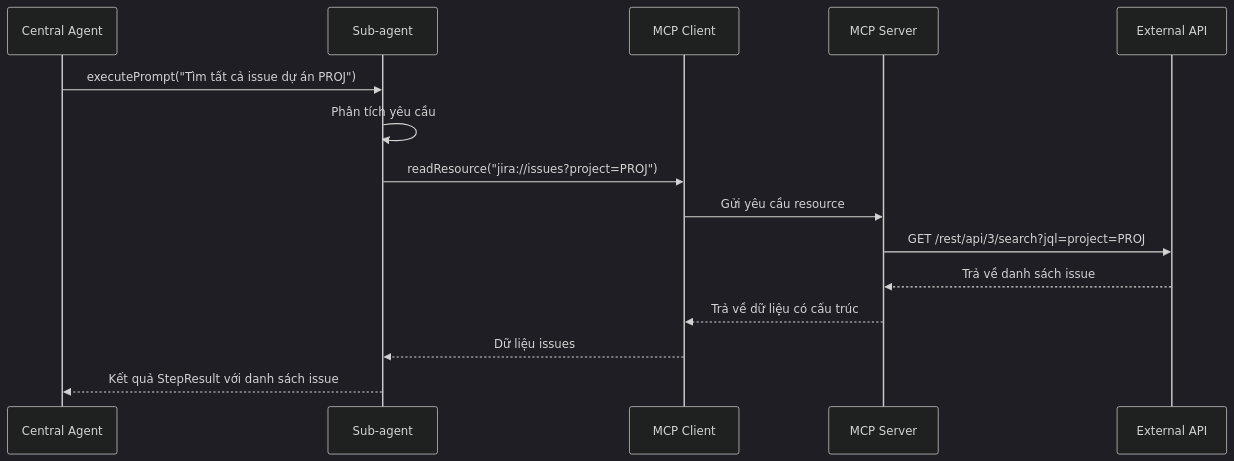
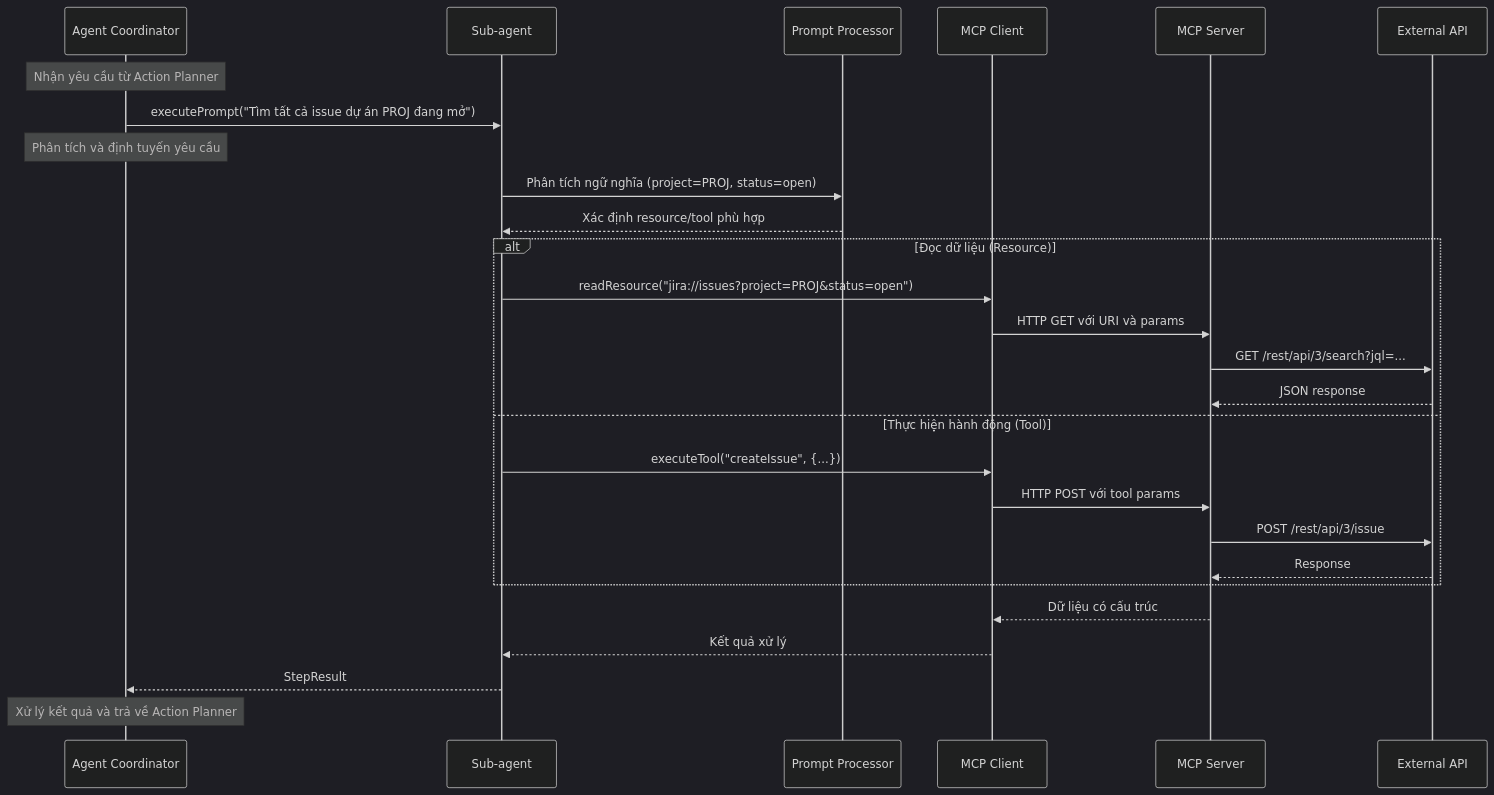
The fourth of 5 diagrams in docs/knowledge/ai_agent_development_guide_part3.md (phuc-nt/auto-workflow-agent), drawn with Mermaid (dark theme) before and after one commit. The commit also changed other lines of this file and 2 other files, not shown here.

Commit message:
docs: refactor MCP Sub-agent implementation section
- Merge section 3.1 and 3.3 into a single comprehensive section
- Update sequence diagrams to reflect Action Planner and Agent Coordinator roles
- Enhance documentation clarity in all three languages (EN, JA, VI)
- Add more detailed component descriptions and interaction flows

````diff
--- a/docs/knowledge/ai_agent_development_guide_part3.md
+++ b/docs/knowledge/ai_agent_development_guide_part3.md
@@ -187,18 +178,32 @@
 ```mermaid
 sequenceDiagram
-    participant CA as Central Agent
+    participant AC as Agent Coordinator
     participant SA as Sub-agent
+    participant PP as Prompt Processor
     participant MC as MCP Client
     participant MS as MCP Server
     participant API as External API
     
-    CA->>SA: executePrompt("Tìm tất cả issue dự án PROJ")
-    SA->>SA: Phân tích yêu cầu
-    SA->>MC: readResource("jira://issues?project=PROJ")
-    MC->>MS: Gửi yêu cầu resource
-    MS->>API: GET /rest/api/3/search?jql=project=PROJ
-    API-->>MS: Trả về danh sách issue
-    MS-->>MC: Trả về dữ liệu có cấu trúc
-    MC-->>SA: Dữ liệu issues
-    SA-->>CA: Kết quả StepResult với danh sách issue
+    Note over AC: Nhận yêu cầu từ Action Planner
+    AC->>SA: executePrompt("Tìm tất cả issue dự án PROJ đang mở")
+    Note over AC: Phân tích và định tuyến yêu cầu
+    SA->>PP: Phân tích ngữ nghĩa (project=PROJ, status=open)
+    PP-->>SA: Xác định resource/tool phù hợp
+    
+    alt Đọc dữ liệu (Resource)
+        SA->>MC: readResource("jira://issues?project=PROJ&status=open")
+        MC->>MS: HTTP GET với URI và params
+        MS->>API: GET /rest/api/3/search?jql=...
+        API-->>MS: JSON response
+    else Thực hiện hành động (Tool)
+        SA->>MC: executeTool("createIssue", {...})
+        MC->>MS: HTTP POST với tool params
+        MS->>API: POST /rest/api/3/issue
+        API-->>MS: Response
+    end
+    
+    MS-->>MC: Dữ liệu có cấu trúc
+    MC-->>SA: Kết quả xử lý
+    SA-->>AC: StepResult
+    Note over AC: Xử lý kết quả và trả về Action Planner
 ```
````
